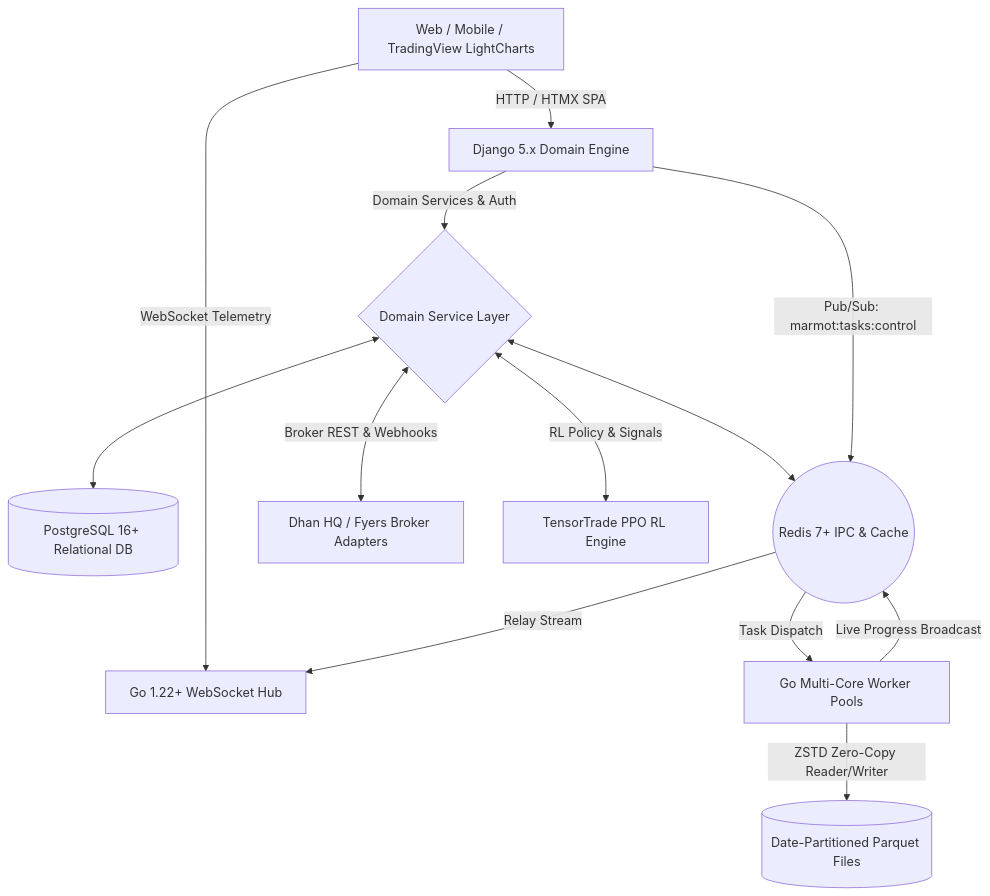
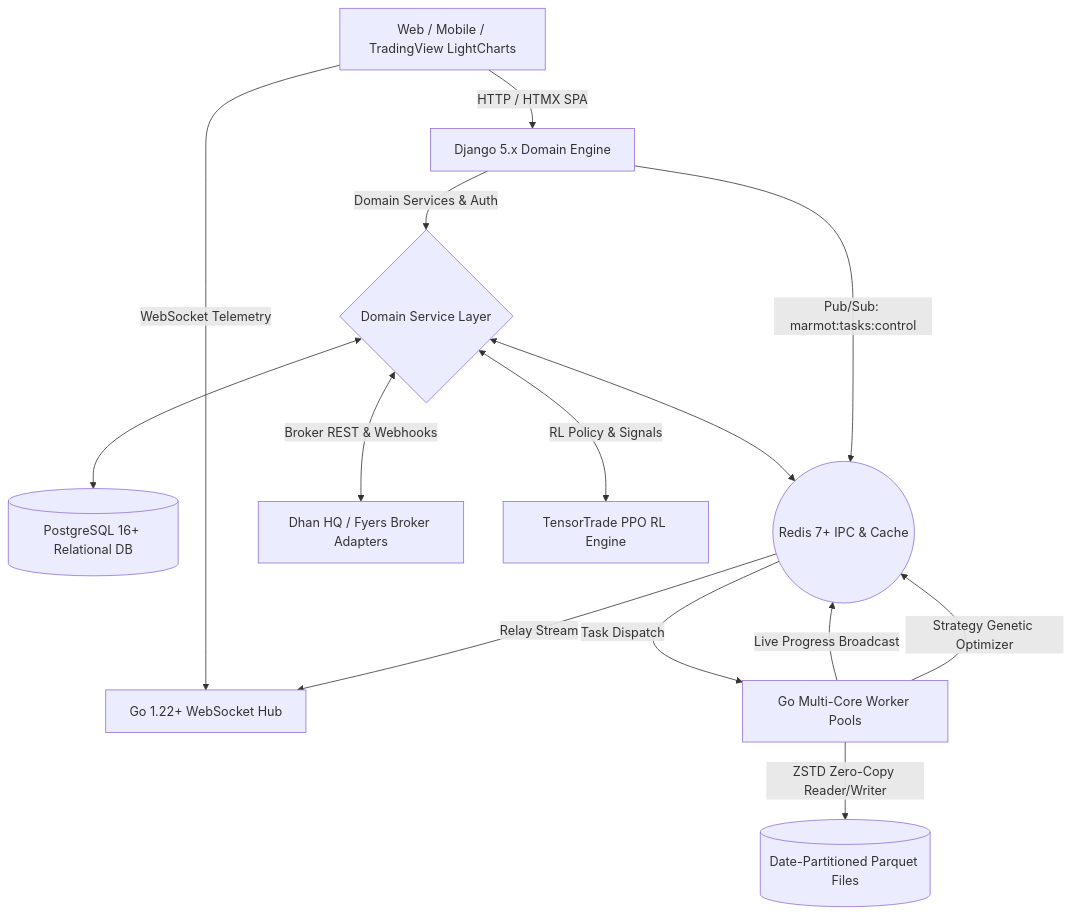
Before and after one commit to appzfx13/marmot: the first of 2 diagrams in README.md, drawn with Mermaid. The commit also changed other lines of this file and 5 other files, not shown here.

````diff
--- a/README.md
+++ b/README.md
@@ -28,19 +29,20 @@
 ```mermaid
 graph TD
     Client[Web / Mobile / TradingView LightCharts] -->|HTTP / HTMX SPA| Django[Django 5.x Domain Engine]
     Client -->|WebSocket Telemetry| GoApp[Go 1.22+ WebSocket Hub]
     
     Django -->|Domain Services & Auth| CoreLogic{Domain Service Layer}
     CoreLogic <--> PSQL[(PostgreSQL 16+ Relational DB)]
     CoreLogic <--> Redis((Redis 7+ IPC & Cache))
     
     Django -->|Pub/Sub: marmot:tasks:control| Redis
     Redis -->|Task Dispatch| GoWorkers[Go Multi-Core Worker Pools]
     
     GoWorkers -->|ZSTD Zero-Copy Reader/Writer| Datasets[(Date-Partitioned Parquet Files)]
     GoWorkers -->|Live Progress Broadcast| Redis
+    GoWorkers -->|Strategy Genetic Optimizer| Redis
     Redis -->|Relay Stream| GoApp
     
     CoreLogic <-->|Broker REST & Webhooks| DhanHQ[Dhan HQ / Fyers Broker Adapters]
     CoreLogic <-->|RL Policy & Signals| RLEngine[TensorTrade PPO RL Engine]
 ```
````
